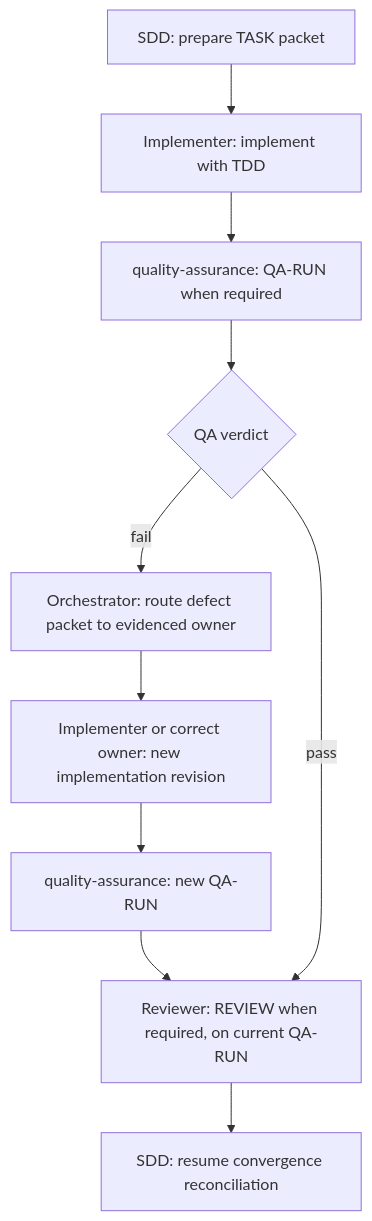
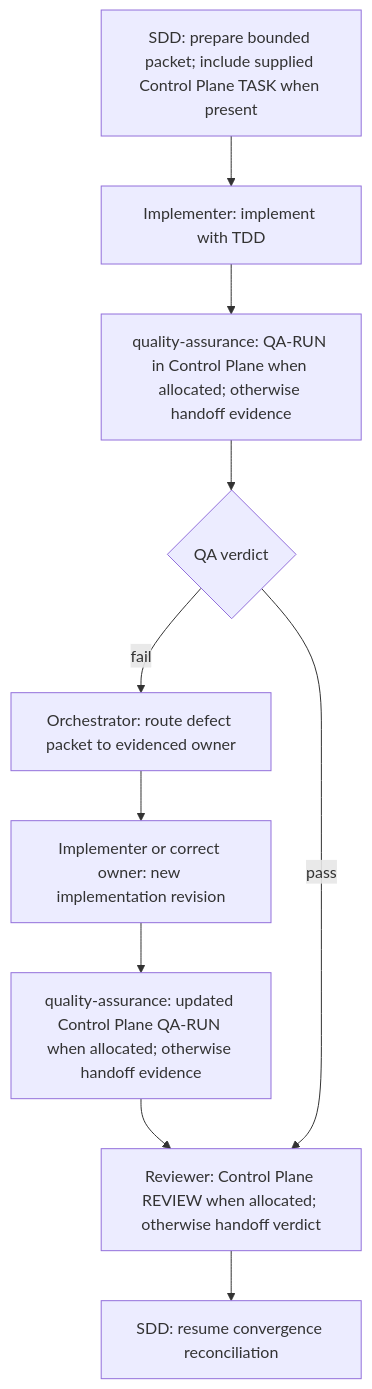
Before and after one commit to Doodooms/everything-copilot: the diagram in agentic-core/skills/orchestration/references/spec-driven-development/references/handoff-contracts.md, drawn with Mermaid. The commit also changed other lines of this file and 61 other files, not shown here.

````diff
--- a/agentic-core/skills/orchestration/references/spec-driven-development/references/handoff-contracts.md
+++ b/agentic-core/skills/orchestration/references/spec-driven-development/references/handoff-contracts.md
@@ -31,16 +31,16 @@
 ```mermaid
 flowchart TD
-    before["SDD: prepare TASK packet"]
+    before["SDD: prepare bounded packet; include supplied Control Plane TASK when present"]
     implementation["Implementer: implement with TDD"]
-    qa["quality-assurance: QA-RUN when required"]
+    qa["quality-assurance: QA-RUN in Control Plane when allocated; otherwise handoff evidence"]
     qa_gate{"QA verdict"}
     fix_owner["Orchestrator: route defect packet to evidenced owner"]
     correction["Implementer or correct owner: new implementation revision"]
-    qa_retry["quality-assurance: new QA-RUN"]
-    reviewer["Reviewer: REVIEW when required, on current QA-RUN"]
+    qa_retry["quality-assurance: updated Control Plane QA-RUN when allocated; otherwise handoff evidence"]
+    reviewer["Reviewer: Control Plane REVIEW when allocated; otherwise handoff verdict"]
     after["SDD: resume convergence reconciliation"]
     before --> implementation --> qa --> qa_gate
     qa_gate -->|fail| fix_owner --> correction --> qa_retry --> reviewer
     qa_gate -->|pass| reviewer
     reviewer --> after
 ```
````
